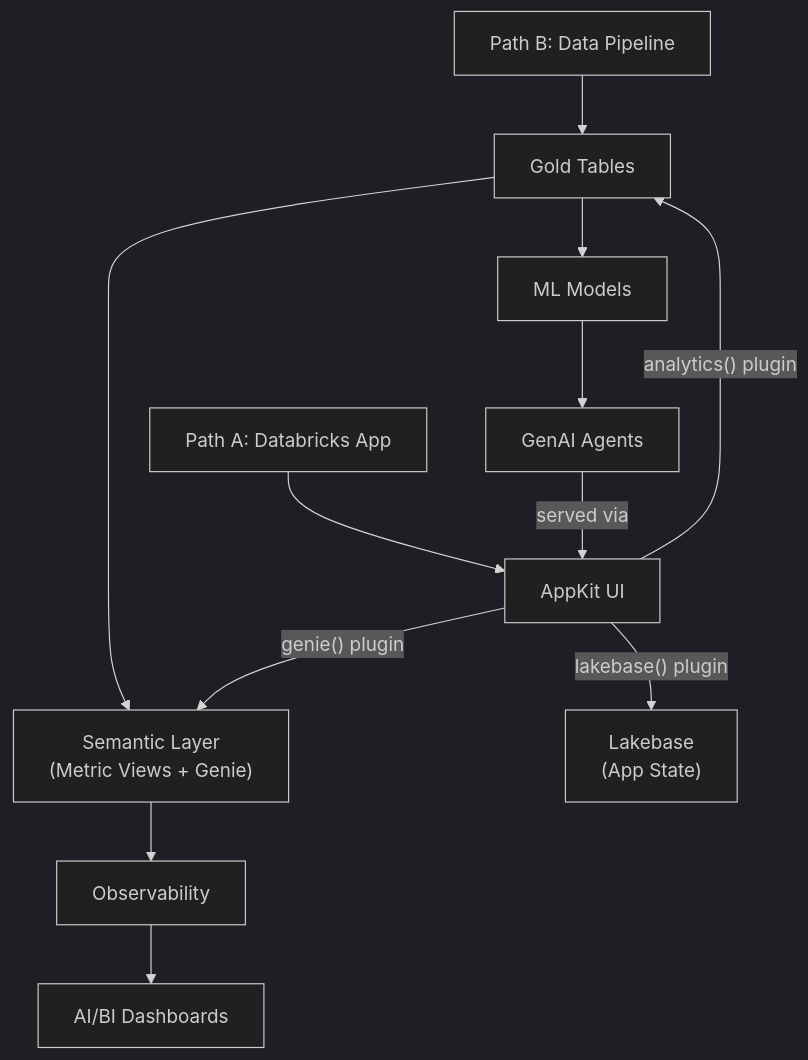
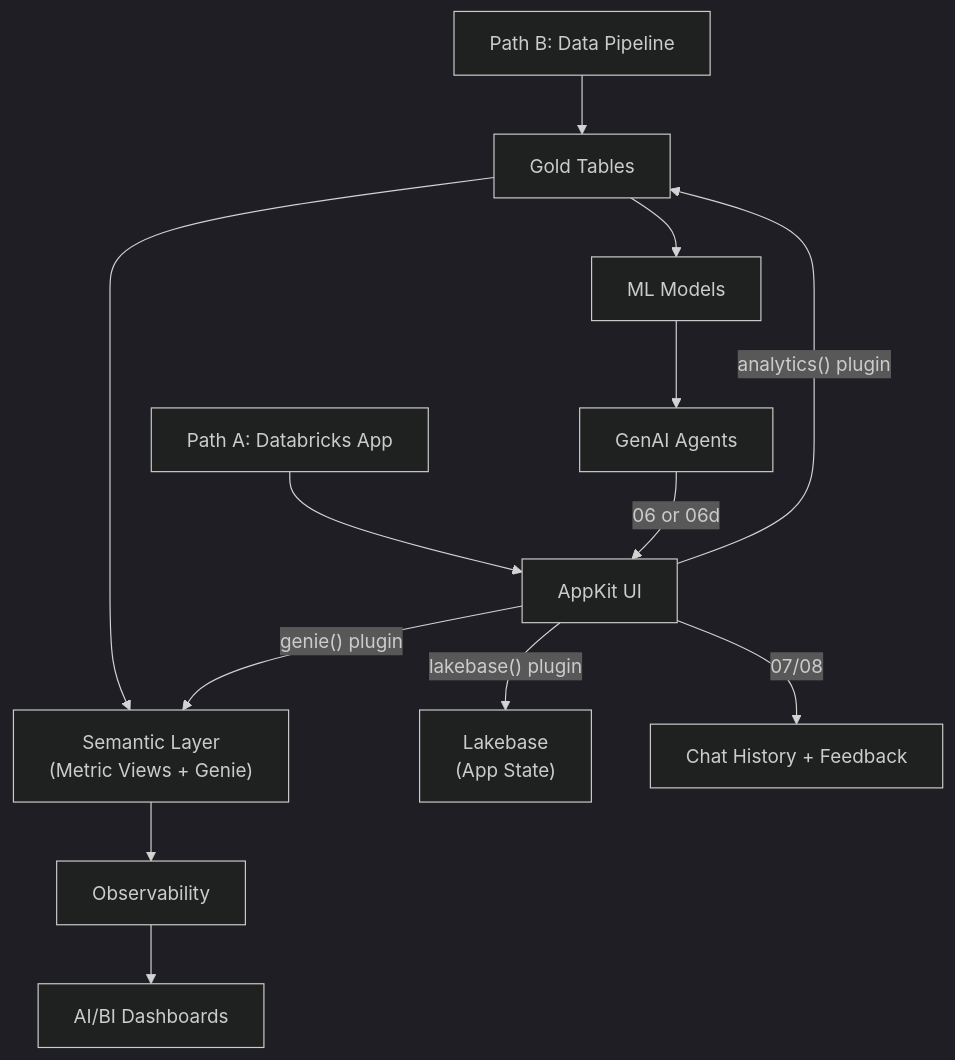
Before and after one commit to databricks-solutions/vibe-coding-workshop-template: the eighth of 8 diagrams in presentations/workshop.marp.md, drawn with Mermaid (dark theme). The commit also changed other lines of this file and 253 other files, not shown here.

First line of the commit message:
Restructure genai-agents, add AppKit advanced skills, update presentations

```diff
--- a/presentations/workshop.marp.md
+++ b/presentations/workshop.marp.md
@@ -2660,14 +2678,15 @@
 <div class="mermaid">
 graph TB
     PathB["Path B: Data Pipeline"] --> Gold["Gold Tables"]
     Gold --> Semantic["Semantic Layer<br/>(Metric Views + Genie)"]
     Semantic --> Monitor["Observability"]
     PathA["Path A: Databricks App"] --> AppUI["AppKit UI"]
     AppUI -->|"analytics() plugin"| Gold
     AppUI -->|"genie() plugin"| Semantic
     AppUI -->|"lakebase() plugin"| LB["Lakebase<br/>(App State)"]
     Monitor --> Dash["AI/BI Dashboards"]
     Gold --> ML["ML Models"]
     ML --> Agents["GenAI Agents"]
-    Agents -->|"served via"| AppUI
+    Agents -->|"06 or 06d"| AppUI
+    AppUI -->|"07/08"| Feedback["Chat History + Feedback"]
 </div>
```
